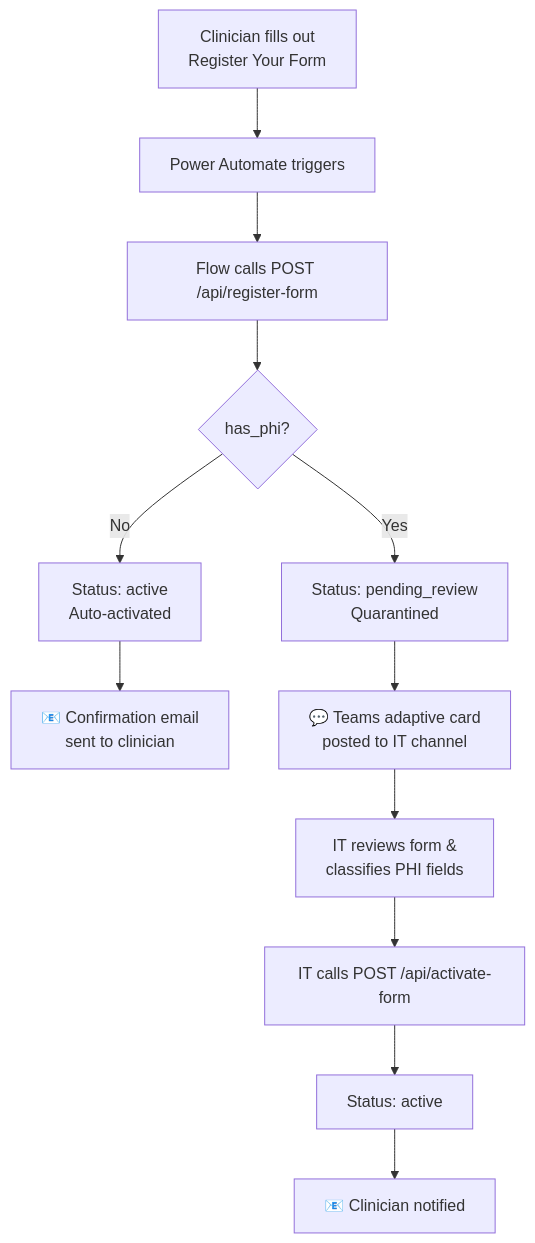
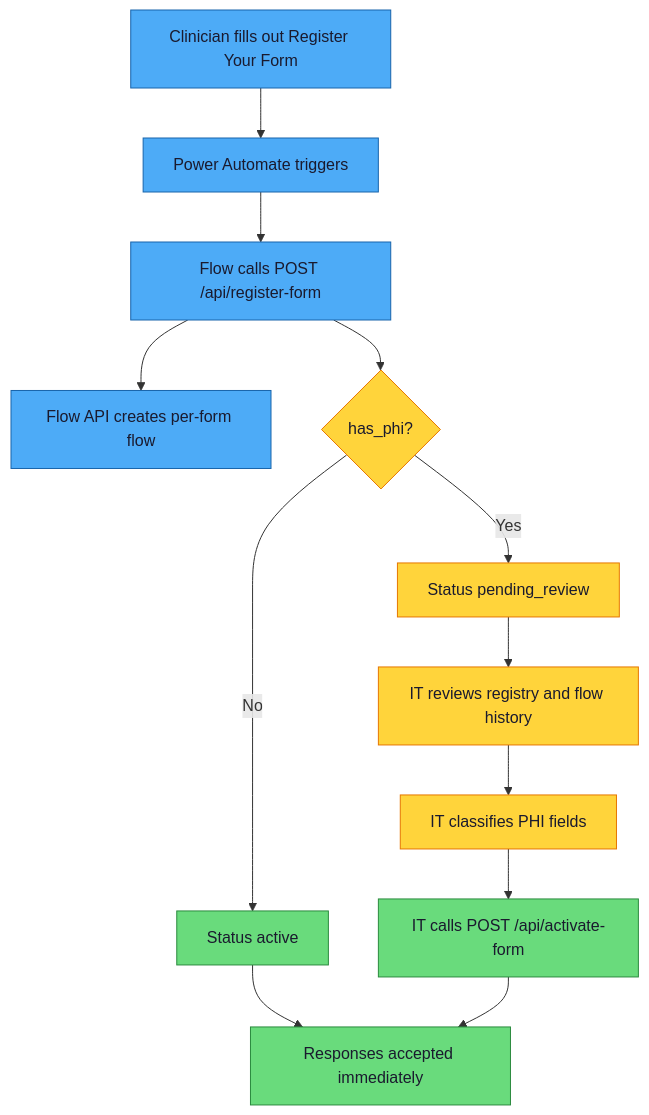
The second of 7 diagrams in docs/admin-guide.md (michaelhuot-msft/forms-to-fabric), drawn with Mermaid before and after one commit. The commit also changed other lines of this file and 12 other files, not shown here.

````diff
--- a/docs/admin-guide.md
+++ b/docs/admin-guide.md
@@ -26,14 +39,23 @@
 ```mermaid
 flowchart TD
-    A["Clinician fills out<br/>Register Your Form"] --> B["Power Automate triggers"]
+    A["Clinician fills out Register Your Form"] --> B["Power Automate triggers"]
     B --> C["Flow calls POST /api/register-form"]
+    C --> E["Flow API creates per-form flow"]
     C --> D{"has_phi?"}
-    D -->|No| E["Status: active<br/>Auto-activated"]
-    D -->|Yes| F["Status: pending_review<br/>Quarantined"]
-    E --> G["📧 Confirmation email<br/>sent to clinician"]
-    F --> H["💬 Teams adaptive card<br/>posted to IT channel"]
-    H --> I["IT reviews form &<br/>classifies PHI fields"]
-    I --> J["IT calls POST /api/activate-form"]
-    J --> K["Status: active"]
-    K --> L["📧 Clinician notified"]
+    D -->|No| F["Status active"]
+    D -->|Yes| G["Status pending_review"]
+    F --> H["Responses accepted immediately"]
+    G --> I["IT reviews registry and flow history"]
+    I --> J["IT classifies PHI fields"]
+    J --> K["IT calls POST /api/activate-form"]
+    K --> H
+
+    classDef primary fill:#4dabf7,stroke:#1864ab,color:#1a1a2e
+    classDef success fill:#69db7c,stroke:#2b8a3e,color:#1a1a2e
+    classDef warning fill:#ffd43b,stroke:#e67700,color:#1a1a2e
+    classDef info fill:#b197fc,stroke:#6741d9,color:#1a1a2e
+
+    class A,B,C,E primary
+    class F,H,K success
+    class D,G,I,J warning
 ```
````
